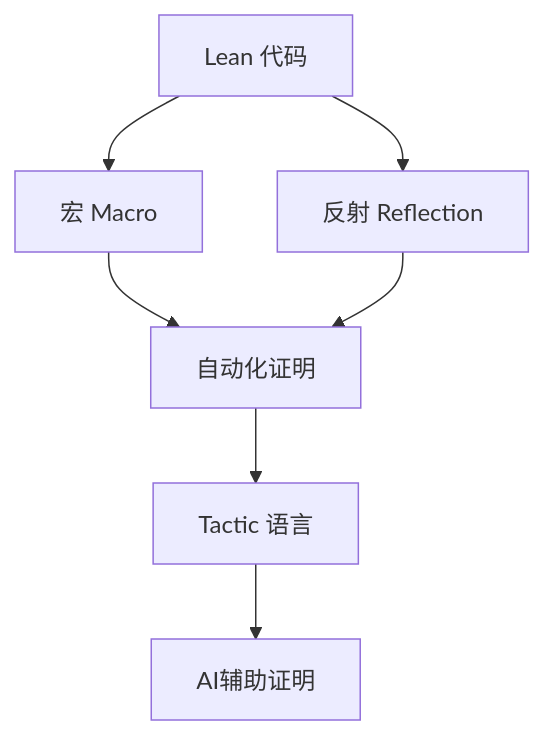
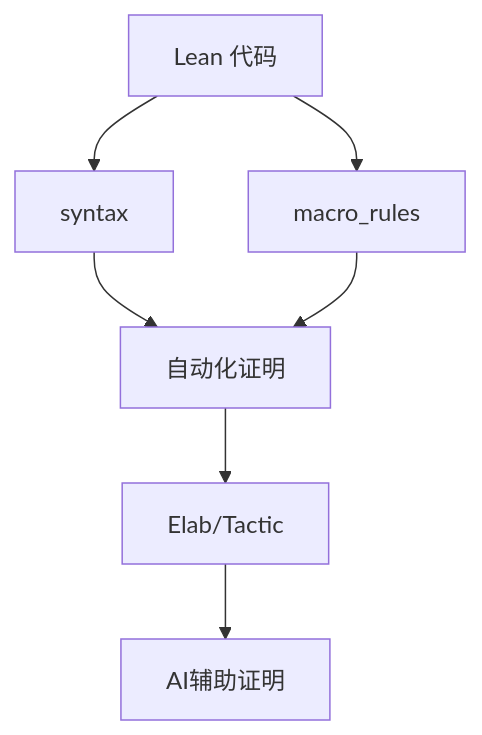
One commit to AdaMartin18010/Lean changed the diagram in semantic/1-lean-grammar-and-semantics/1.4-lean-元编程与策略系统.md. Above: the diagram before and after it, drawn with Mermaid. The commit also changed other lines of this file and 42 other files, not shown here.

````diff
--- a/semantic/1-lean-grammar-and-semantics/1.4-lean-元编程与策略系统.md
+++ b/semantic/1-lean-grammar-and-semantics/1.4-lean-元编程与策略系统.md
@@ -57,9 +79,9 @@
 ```mermaid
 graph TD
-  A[Lean 代码] --> B[宏 Macro]
-  A --> C[反射 Reflection]
+  A[Lean 代码] --> B[syntax]
+  A --> C[macro_rules]
   B --> D[自动化证明]
   C --> D
-  D --> E[Tactic 语言]
+  D --> E[Elab/Tactic]
   E --> F[AI辅助证明]
 ```
````
